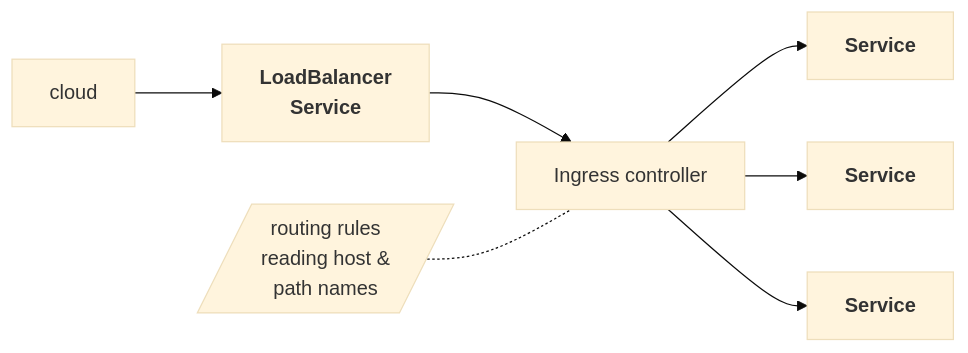
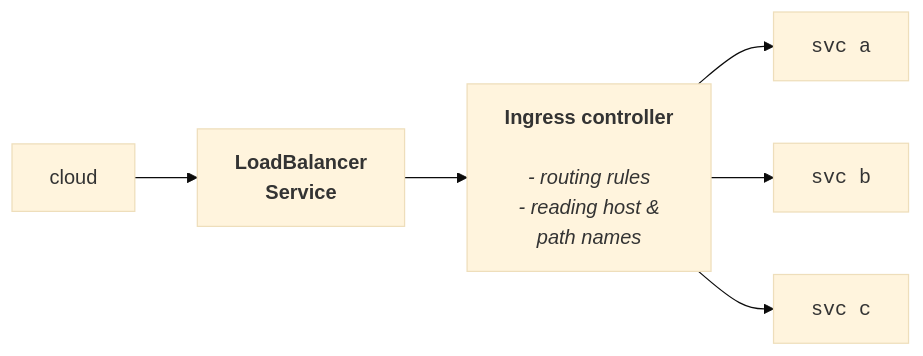
The first of 3 diagrams in docs/ingress.md (Braundo/kubernetes-guide), drawn with Mermaid (base theme) before and after one commit. The commit also changed other lines of this file and 1 other file, not shown here.

Commit message:
updated some docs

````diff
--- a/docs/ingress.md
+++ b/docs/ingress.md
@@ -10,9 +10,8 @@
 ``` mermaid
 flowchart LR
     CLD[cloud] --> LBS
-    LBS[<b>LoadBalancer<br>Service] --> ing1[Ingress controller]
-    ing[/routing rules<br>reading host &<br>path names/] -.- ing1
-    ing1 --> SVC1[<b>Service]
-    ing1 --> SVC2[<b>Service]
-    ing1 --> SVC3[<b>Service]
+    LBS[<b>LoadBalancer<br>Service] --> ing1[<b>Ingress controller</b><br><br><i>- routing rules<br>- reading host &<br>path names]
+    ing1 --> SVC1[<tt>svc a]
+    ing1 --> SVC2[<tt>svc b]
+    ing1 --> SVC3[<tt>svc c]
 ```
````
